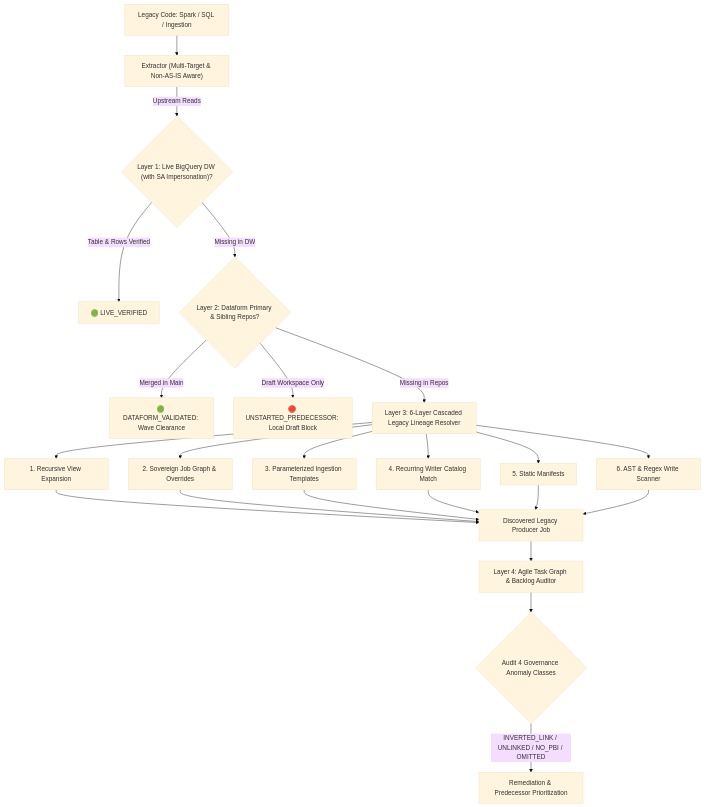
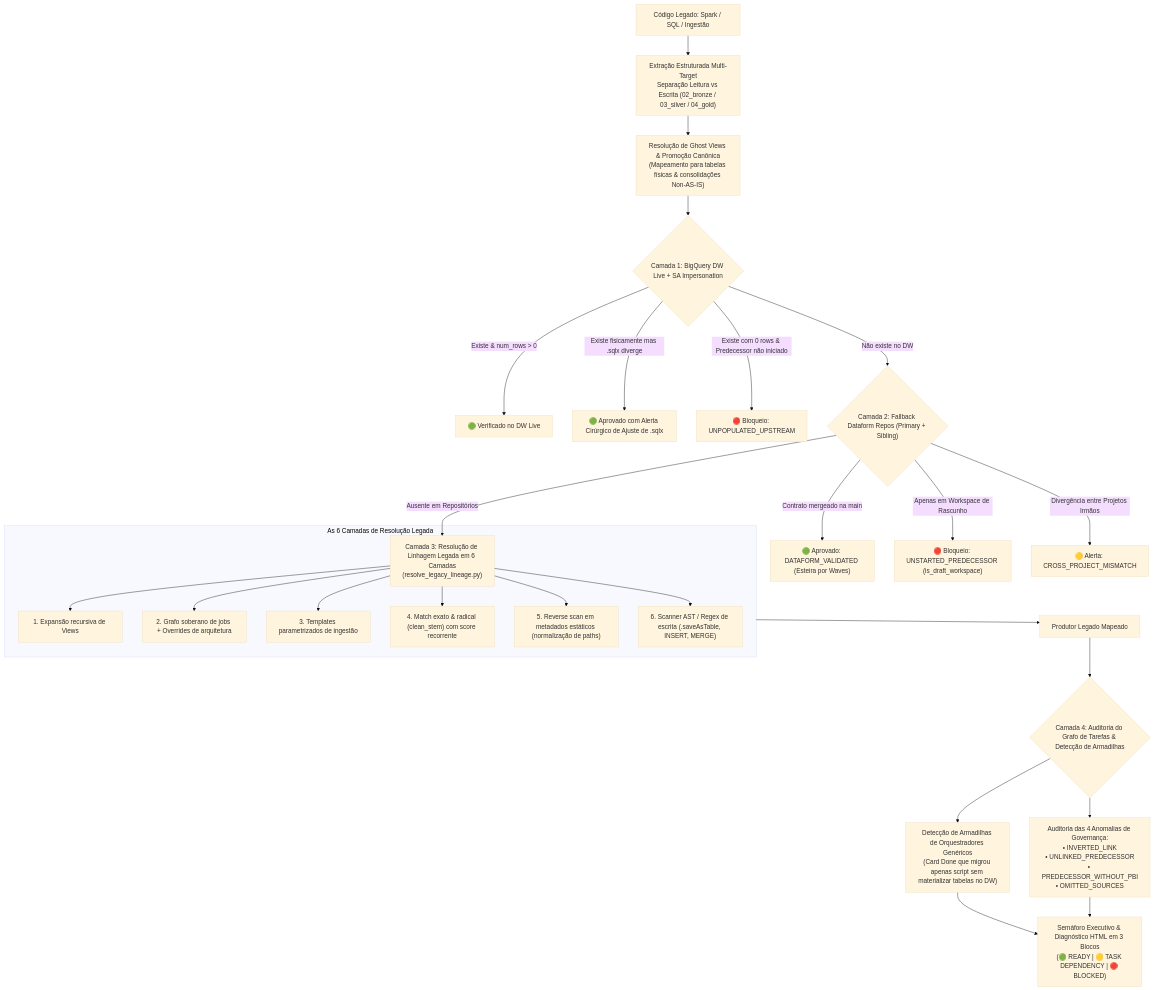
The diagram in skills/data-lineage-upstream-validator/SKILL.md (mvsimao/agent-skills), drawn with Mermaid (base theme) before and after one commit. The commit also changed other lines of this file and 16 other files, not shown here.

````diff
--- a/skills/data-lineage-upstream-validator/SKILL.md
+++ b/skills/data-lineage-upstream-validator/SKILL.md
@@ -13,23 +15,32 @@
 ```mermaid
 flowchart TD
-    SQL["Legacy Code: Spark / SQL / Ingestion"] --> EX["Extractor (Multi-Target & Non-AS-IS Aware)"]
-    EX -->|Upstream Reads| C1{"Layer 1: Live BigQuery DW (with SA Impersonation)?"}
-    C1 -->|Table & Rows Verified| APP1["🟢 LIVE_VERIFIED"]
-    C1 -->|Missing in DW| C2{"Layer 2: Dataform Primary & Sibling Repos?"}
-    
-    C2 -->|Merged in Main| APP2["🟢 DATAFORM_VALIDATED: Wave Clearance"]
-    C2 -->|Draft Workspace Only| BLK1["🔴 UNSTARTED_PREDECESSOR: Local Draft Block"]
-    C2 -->|Missing in Repos| C3["Layer 3: 6-Layer Cascaded Legacy Lineage Resolver"]
+    LEG["Código Legado: Spark / SQL / Ingestão"] --> EXTRACT["Extração Estruturada Multi-Target\nSeparação Leitura vs Escrita (02_bronze / 03_silver / 04_gold)"]
+    EXTRACT --> GHOST["Resolução de Ghost Views & Promoção Canônica\n(Mapeamento para tabelas físicas & consolidações Non-AS-IS)"]
 
-    C3 --> L1["1. Recursive View Expansion"]
-    C3 --> L2["2. Sovereign Job Graph & Overrides"]
-    C3 --> L3["3. Parameterized Ingestion Templates"]
-    C3 --> L4["4. Recurring Writer Catalog Match"]
-    C3 --> L5["5. Static Manifests"]
-    C3 --> L6["6. AST & Regex Write Scanner"]
+    GHOST --> C1{"Camada 1: BigQuery DW Live + SA Impersonation"}
+    C1 -->|Existe & num_rows > 0| LIVE_OK["🟢 Verificado no DW Live"]
+    C1 -->|Existe fisicamente mas .sqlx diverge| ALRT["🟢 Aprovado com Alerta Cirúrgico de Ajuste de .sqlx"]
+    C1 -->|Existe com 0 rows & Predecessor não iniciado| B_UNPOP["🔴 Bloqueio: UNPOPULATED_UPSTREAM"]
+    C1 -->|Não existe no DW| C2{"Camada 2: Fallback Dataform Repos (Primary + Sibling)"}
 
-    L1 & L2 & L3 & L4 & L5 & L6 --> PROD["Discovered Legacy Producer Job"]
-    PROD --> C4["Layer 4: Agile Task Graph & Backlog Auditor"]
-    C4 --> ANOM{"Audit 4 Governance Anomaly Classes"}
-    ANOM -->|INVERTED_LINK / UNLINKED / NO_PBI / OMITTED| FIX["Remediation & Predecessor Prioritization"]
+    C2 -->|Contrato mergeado na main| DF_OK["🟢 Aprovado: DATAFORM_VALIDATED (Esteira por Waves)"]
+    C2 -->|Apenas em Workspace de Rascunho| B_DRAFT["🔴 Bloqueio: UNSTARTED_PREDECESSOR (is_draft_workspace)"]
+    C2 -->|Divergência entre Projetos Irmãos| W_CROSS["🟡 Alerta: CROSS_PROJECT_MISMATCH"]
+    C2 -->|Ausente em Repositórios| C3["Camada 3: Resolução de Linhagem Legada em 6 Camadas\n(resolve_legacy_lineage.py)"]
+
+    subgraph L6["As 6 Camadas de Resolução Legada"]
+        C3 --> L1["1. Expansão recursiva de Views"]
+        C3 --> L2["2. Grafo soberano de jobs + Overrides de arquitetura"]
+        C3 --> L3["3. Templates parametrizados de ingestão"]
+        C3 --> L4["4. Match exato & radical (clean_stem) com score recorrente"]
+        C3 --> L5["5. Reverse scan em metadados estáticos (normalização de paths)"]
+        C3 --> L6A["6. Scanner AST / Regex de escrita (.saveAsTable, INSERT, MERGE)"]
+    end
+
+    L6 --> DISCOVERED["Produtor Legado Mapeado"]
+    DISCOVERED --> C4{"Camada 4: Auditoria do Grafo de Tarefas & Detecção de Armadilhas"}
+    C4 --> DETECT_GEN["Detecção de Armadilhas de Orquestradores Genéricos\n(Card Done que migrou apenas script sem materializar tabelas no DW)"]
+    C4 --> DETECT_ANOM["Auditoria das 4 Anomalias de Governança:\n• INVERTED_LINK\n• UNLINKED_PREDECESSOR\n• PREDECESSOR_WITHOUT_PBI\n• OMITTED_SOURCES"]
+
+    DETECT_GEN & DETECT_ANOM --> SEMAPHORE["Semáforo Executivo & Diagnóstico HTML em 3 Blocos\n(🟢 READY | 🟡 TASK DEPENDENCY | 🔴 BLOCKED)"]
 ```
````
